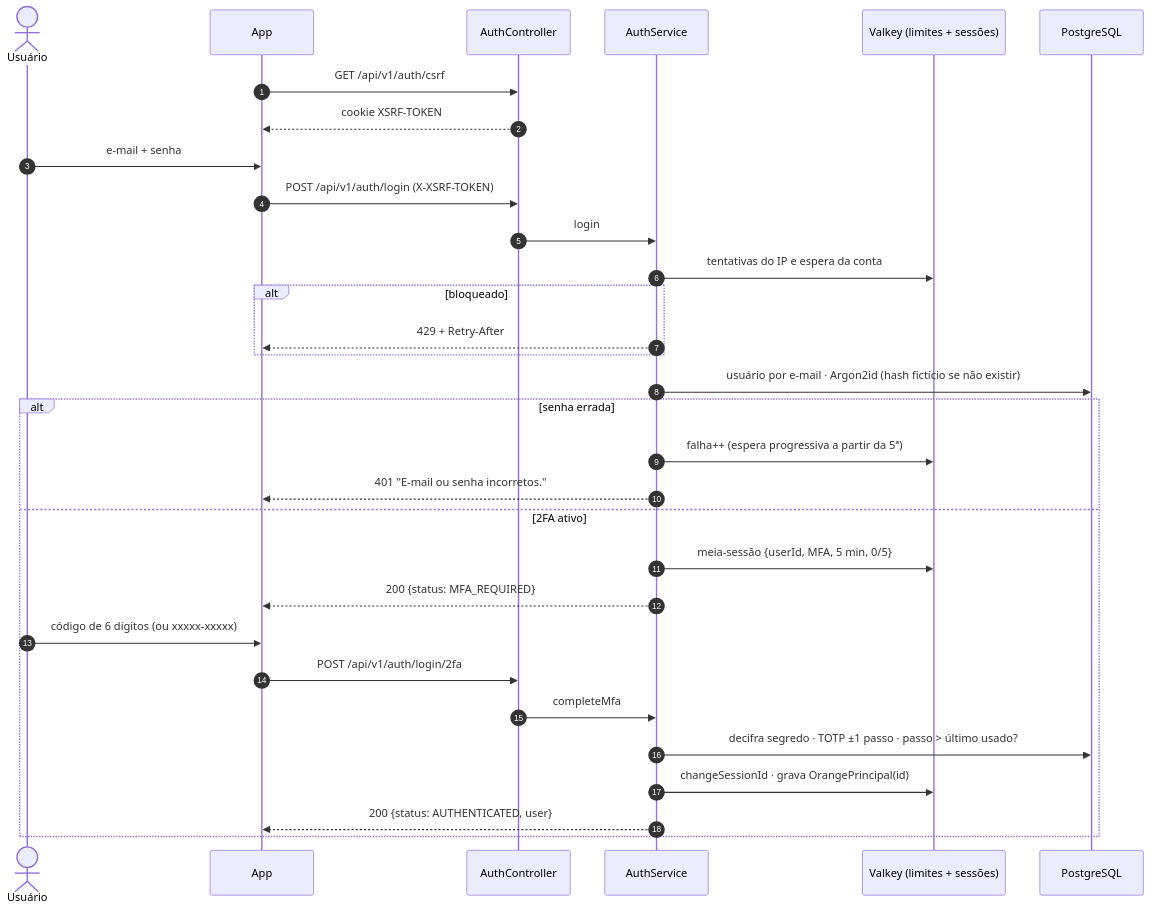
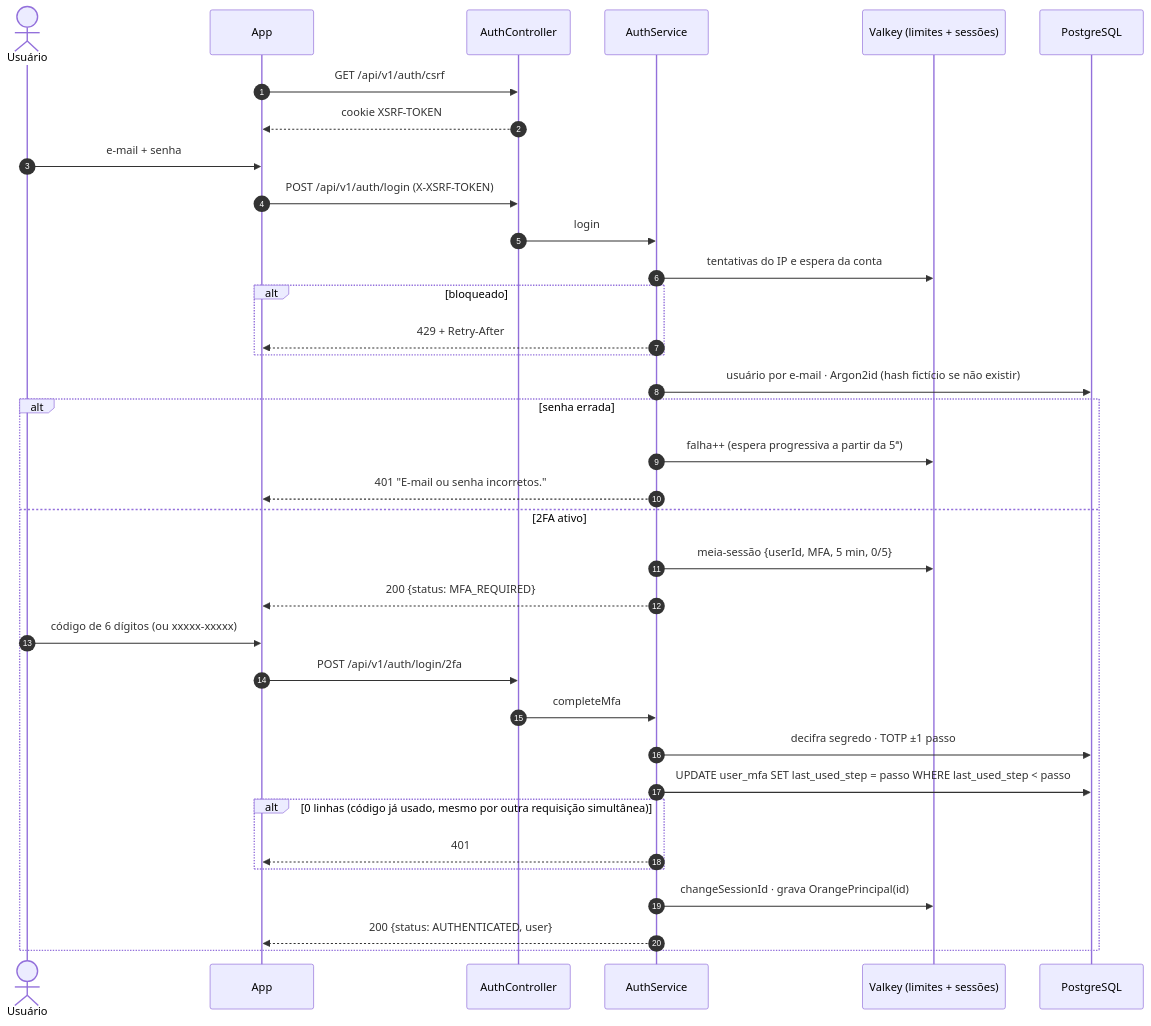
Before and after one commit to MatheusHaliski/orange_social_velion: the second of 4 diagrams in docs/rf/RF27-autenticacao-sessao.md, drawn with Mermaid. The commit also changed other lines of this file and 7 other files, not shown here.

````diff
--- a/docs/rf/RF27-autenticacao-sessao.md
+++ b/docs/rf/RF27-autenticacao-sessao.md
@@ -94,34 +98,38 @@
 ```mermaid
 sequenceDiagram
     autonumber
     actor U as Usuário
     participant APP as App
     participant API as AuthController
     participant A as AuthService
     participant VK as Valkey (limites + sessões)
     participant DB as PostgreSQL
 
     APP->>API: GET /api/v1/auth/csrf
     API-->>APP: cookie XSRF-TOKEN
     U->>APP: e-mail + senha
     APP->>API: POST /api/v1/auth/login (X-XSRF-TOKEN)
     API->>A: login
     A->>VK: tentativas do IP e espera da conta
     alt bloqueado
         A-->>APP: 429 + Retry-After
     end
     A->>DB: usuário por e-mail · Argon2id (hash fictício se não existir)
     alt senha errada
         A->>VK: falha++ (espera progressiva a partir da 5ª)
         A-->>APP: 401 "E-mail ou senha incorretos."
     else 2FA ativo
         A->>VK: meia-sessão {userId, MFA, 5 min, 0/5}
         A-->>APP: 200 {status: MFA_REQUIRED}
         U->>APP: código de 6 dígitos (ou xxxxx-xxxxx)
         APP->>API: POST /api/v1/auth/login/2fa
         API->>A: completeMfa
-        A->>DB: decifra segredo · TOTP ±1 passo · passo > último usado?
+        A->>DB: decifra segredo · TOTP ±1 passo
+        A->>DB: UPDATE user_mfa SET last_used_step = passo WHERE last_used_step < passo
+        alt 0 linhas (código já usado, mesmo por outra requisição simultânea)
+            A-->>APP: 401
+        end
         A->>VK: changeSessionId · grava OrangePrincipal(id)
         A-->>APP: 200 {status: AUTHENTICATED, user}
     end
 ```
````
